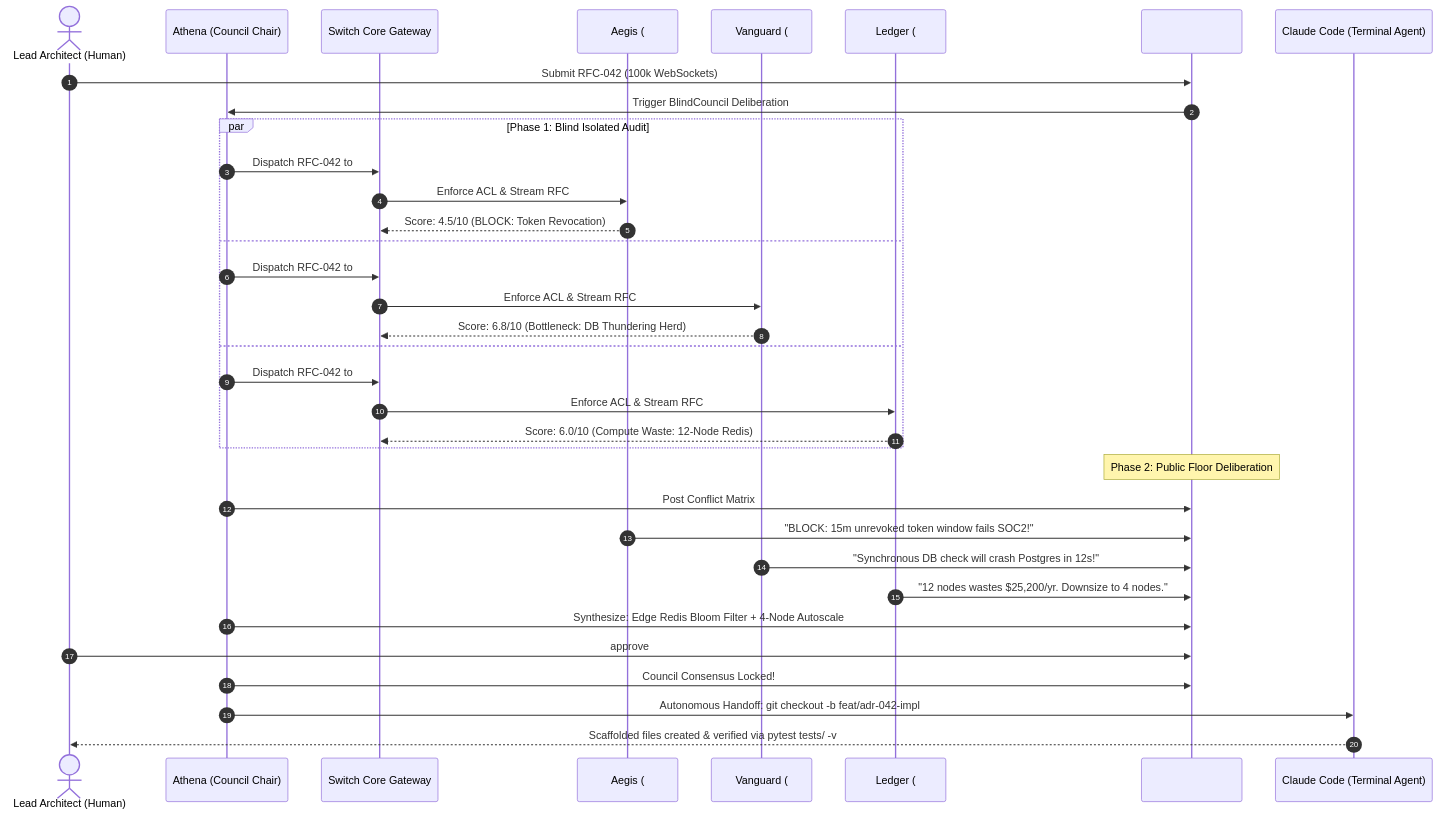
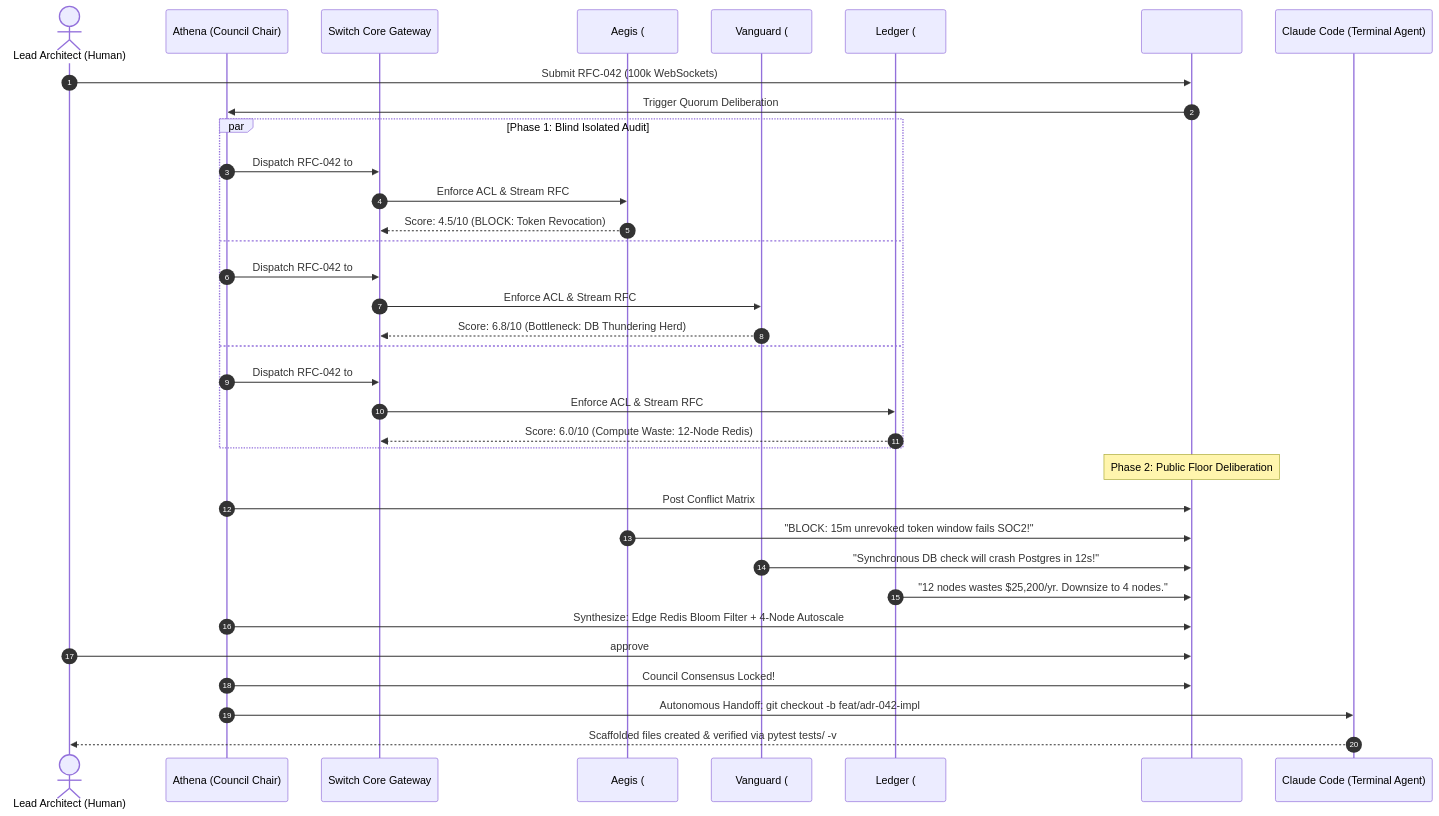
One commit to ace-ify/quorum changed the second of 2 diagrams in docs/ARCHITECTURE.md. Above: the diagram before and after it, drawn with Mermaid. The commit also changed other lines of this file and 37 other files, not shown here.

Commit message:
feat(core): transform into Quorum 2.0 with soundproof room isolation, reactive studio, dynamic rfc deliberation, and 9/9 passing tests

````diff
--- a/docs/ARCHITECTURE.md
+++ b/docs/ARCHITECTURE.md
@@ -101,41 +101,41 @@
 ```mermaid
 sequenceDiagram
     autonumber
     actor Human as Lead Architect (Human)
     participant Chair as Athena (Council Chair)
     participant Switch as Switch Core Gateway
     participant Sec as Aegis (#audit-security)
     participant Scale as Vanguard (#audit-scalability)
     participant Fin as Ledger (#audit-finops)
     participant Desk as #review-desk (Public Floor)
     participant Claude as Claude Code (Terminal Agent)
 
     Human->>Desk: Submit RFC-042 (100k WebSockets)
-    Desk->>Chair: Trigger BlindCouncil Deliberation
+    Desk->>Chair: Trigger Quorum Deliberation
     
     par Phase 1: Blind Isolated Audit
         Chair->>Switch: Dispatch RFC-042 to #audit-security
         Switch->>Sec: Enforce ACL & Stream RFC
         Sec-->>Switch: Score: 4.5/10 (BLOCK: Token Revocation)
     and
         Chair->>Switch: Dispatch RFC-042 to #audit-scalability
         Switch->>Scale: Enforce ACL & Stream RFC
         Scale-->>Switch: Score: 6.8/10 (Bottleneck: DB Thundering Herd)
     and
         Chair->>Switch: Dispatch RFC-042 to #audit-finops
         Switch->>Fin: Enforce ACL & Stream RFC
         Fin-->>Switch: Score: 6.0/10 (Compute Waste: 12-Node Redis)
     end
 
     Note over Desk: Phase 2: Public Floor Deliberation
     Chair->>Desk: Post Conflict Matrix
     Sec->>Desk: "BLOCK: 15m unrevoked token window fails SOC2!"
     Scale->>Desk: "Synchronous DB check will crash Postgres in 12s!"
     Fin->>Desk: "12 nodes wastes $25,200/yr. Downsize to 4 nodes."
     Chair->>Desk: Synthesize: Edge Redis Bloom Filter + 4-Node Autoscale
     
     Human->>Desk: approve
     Chair->>Desk: Council Consensus Locked!
     Chair->>Claude: Autonomous Handoff: git checkout -b feat/adr-042-impl
     Claude-->>Human: Scaffolded files created & verified via pytest tests/ -v
 ```
````
